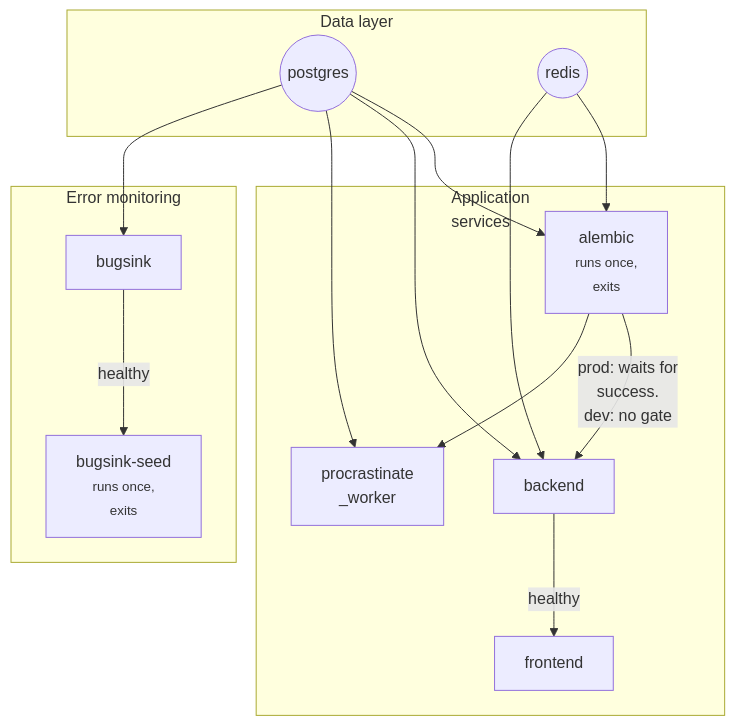
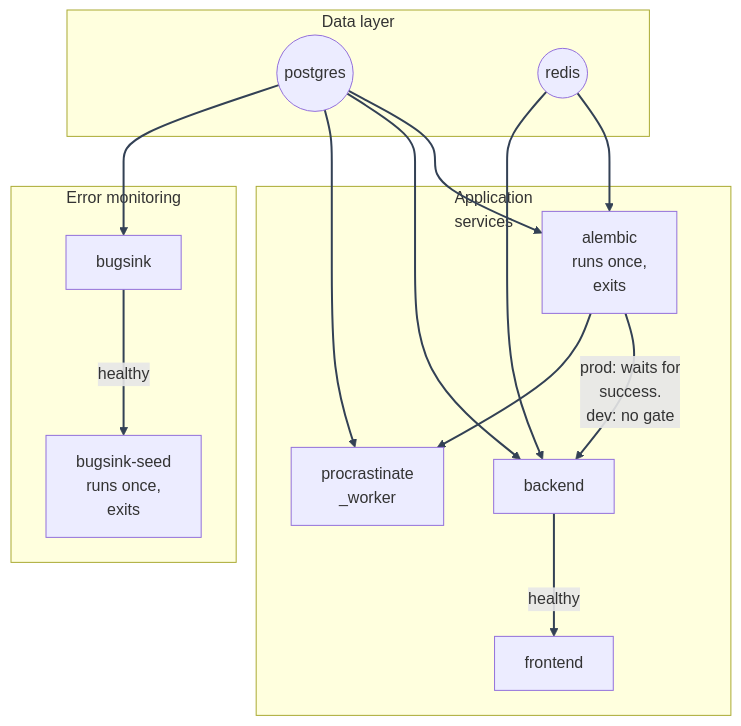
The diagram in docs/mystic_auth/docker/overview.md (Nachiket-2024/mystic-auth), drawn with Mermaid before and after one commit. The commit also changed other lines of this file and 630 other files, not shown here.

````diff
--- a/docs/mystic_auth/docker/overview.md
+++ b/docs/mystic_auth/docker/overview.md
@@ -27,30 +32,32 @@
 ```mermaid
+%%{init: {"themeVariables": {"lineColor": "#334155"}} }%%
 flowchart TD
     subgraph Data["Data layer"]
         postgres(("postgres"))
         redis(("redis"))
     end
 
-    subgraph App["Application<br/>services"]
-        alembic["alembic<br/><small>runs once,<br/>exits</small>"]
+    subgraph App["Application<br/> services"]
+        alembic["alembic<br/> runs once,<br/> exits"]
         backend["backend"]
-        worker["procrastinate<br/>_worker"]
+        worker["procrastinate<br/> _worker"]
         frontend["frontend"]
     end
 
     subgraph Monitoring["Error monitoring"]
         bugsink["bugsink"]
-        bugsinkseed["bugsink-seed<br/><small>runs once,<br/>exits</small>"]
+        bugsinkseed["bugsink-seed<br/> runs once,<br/> exits"]
     end
 
     postgres --> alembic
     redis --> alembic
-    alembic -->|"prod: waits for<br/>success.<br/>dev: no gate"| backend
+    alembic -->|"prod: waits for<br/> success.<br/> dev: no gate"| backend
     alembic --> worker
     postgres --> backend
     redis --> backend
     postgres --> worker
     backend -->|healthy| frontend
     postgres --> bugsink
     bugsink -->|healthy| bugsinkseed
+    linkStyle default stroke:#334155,stroke-width:2px
 ```
````
